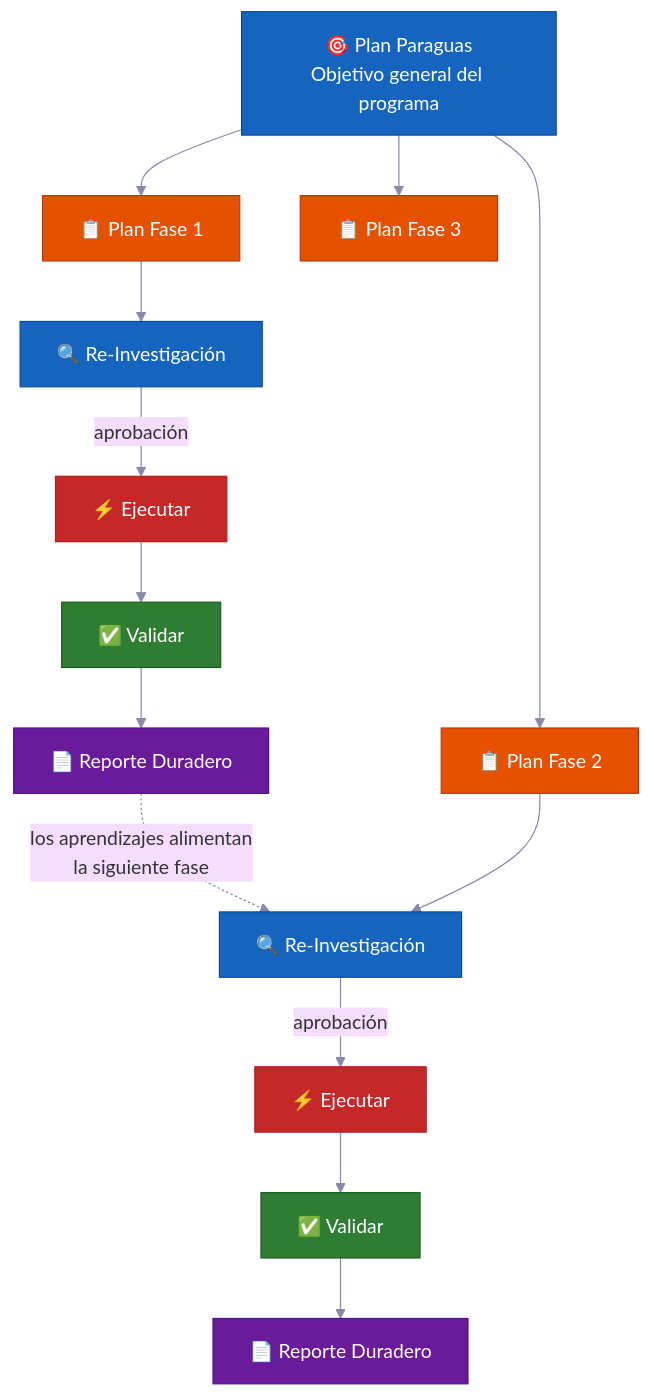
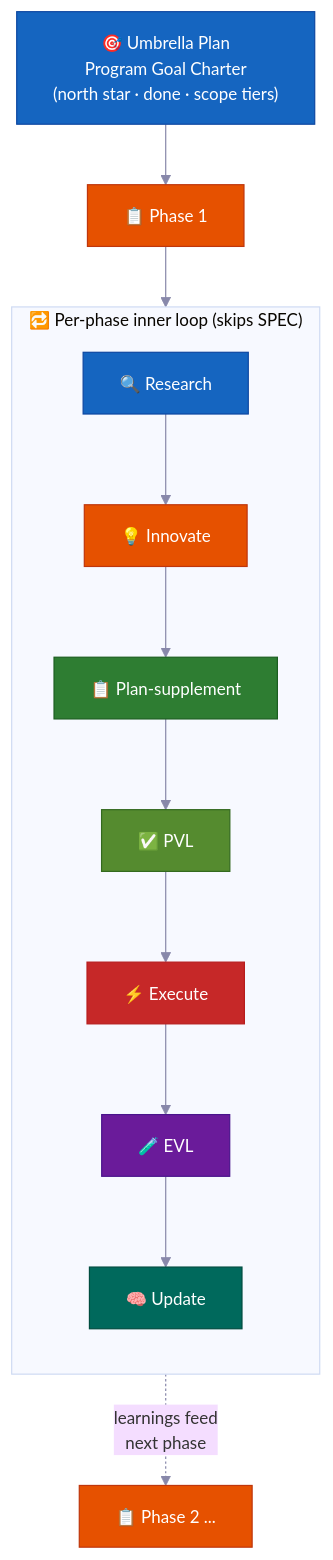
Before and after one commit to Erlangga15/vibecode-pro-max-kit: diagram 12 of 14 in docs/i18n/README.es.md, drawn with Mermaid. The commit also changed other lines of this file and 43 other files, not shown here.

````diff
--- a/docs/i18n/README.es.md
+++ b/docs/i18n/README.es.md
@@ -923,46 +1229,33 @@
 ```mermaid
-%%{init: {'theme': 'base', 'themeVariables': {'fontSize': '16px', 'lineColor': '#8888AA'}} }%%
+%%{init: {'theme': 'base', 'themeVariables': {'fontSize': '14px', 'lineColor': '#8888AA'}} }%%
 flowchart TD
-    UP["🎯 Plan Paraguas\nObjetivo general del programa"]
-    P1["📋 Plan Fase 1"]
-    P2["📋 Plan Fase 2"]
-    P3["📋 Plan Fase 3"]
+    UP["🎯 Umbrella Plan\nProgram Goal Charter\n(north star · done · scope tiers)"]
+    P1["📋 Phase 1"]
+    P2["📋 Phase 2 ..."]
 
-    R1["🔍 Re-Investigación"]
-    E1["⚡ Ejecutar"]
-    V1["✅ Validar"]
-    RP1["📄 Reporte Duradero"]
+    subgraph LOOP["🔁 Per-phase inner loop (skips SPEC)"]
+        direction TB
+        R["🔍 Research"]
+        I["💡 Innovate"]
+        PL["📋 Plan-supplement"]
+        PVL["✅ PVL"]
+        EX["⚡ Execute"]
+        EVL["🧪 EVL"]
+        UPD["🧠 Update"]
+        R --> I --> PL --> PVL --> EX --> EVL --> UPD
+    end
 
-    R2["🔍 Re-Investigación"]
-    E2["⚡ Ejecutar"]
-    V2["✅ Validar"]
-    RP2["📄 Reporte Duradero"]
-
-    UP --> P1
-    UP --> P2
-    UP --> P3
-
-    P1 --> R1
-    R1 -->|"aprobación"| E1
-    E1 --> V1
-    V1 --> RP1
-    RP1 -.->|"los aprendizajes alimentan\nla siguiente fase"| R2
-
-    P2 --> R2
-    R2 -->|"aprobación"| E2
-    E2 --> V2
-    V2 --> RP2
+    UP --> P1 --> LOOP
+    LOOP -.->|"learnings feed\nnext phase"| P2
 
     style UP fill:#1565C0,stroke:#0D47A1,color:#FFFFFF
     style P1 fill:#E65100,stroke:#BF360C,color:#FFFFFF
     style P2 fill:#E65100,stroke:#BF360C,color:#FFFFFF
-    style P3 fill:#E65100,stroke:#BF360C,color:#FFFFFF
-    style R1 fill:#1565C0,stroke:#0D47A1,color:#FFFFFF
-    style E1 fill:#C62828,stroke:#B71C1C,color:#FFFFFF
-    style V1 fill:#2E7D32,stroke:#1B5E20,color:#FFFFFF
-    style RP1 fill:#6A1B9A,stroke:#4A148C,color:#FFFFFF
-    style R2 fill:#1565C0,stroke:#0D47A1,color:#FFFFFF
-    style E2 fill:#C62828,stroke:#B71C1C,color:#FFFFFF
-    style V2 fill:#2E7D32,stroke:#1B5E20,color:#FFFFFF
-    style RP2 fill:#6A1B9A,stroke:#4A148C,color:#FFFFFF
+    style R fill:#1565C0,stroke:#0D47A1,color:#FFFFFF
+    style I fill:#E65100,stroke:#BF360C,color:#FFFFFF
+    style PL fill:#2E7D32,stroke:#1B5E20,color:#FFFFFF
+    style PVL fill:#558B2F,stroke:#33691E,color:#FFFFFF
+    style EX fill:#C62828,stroke:#B71C1C,color:#FFFFFF
+    style EVL fill:#6A1B9A,stroke:#4A148C,color:#FFFFFF
+    style UPD fill:#00695C,stroke:#004D40,color:#FFFFFF
 ```
````
